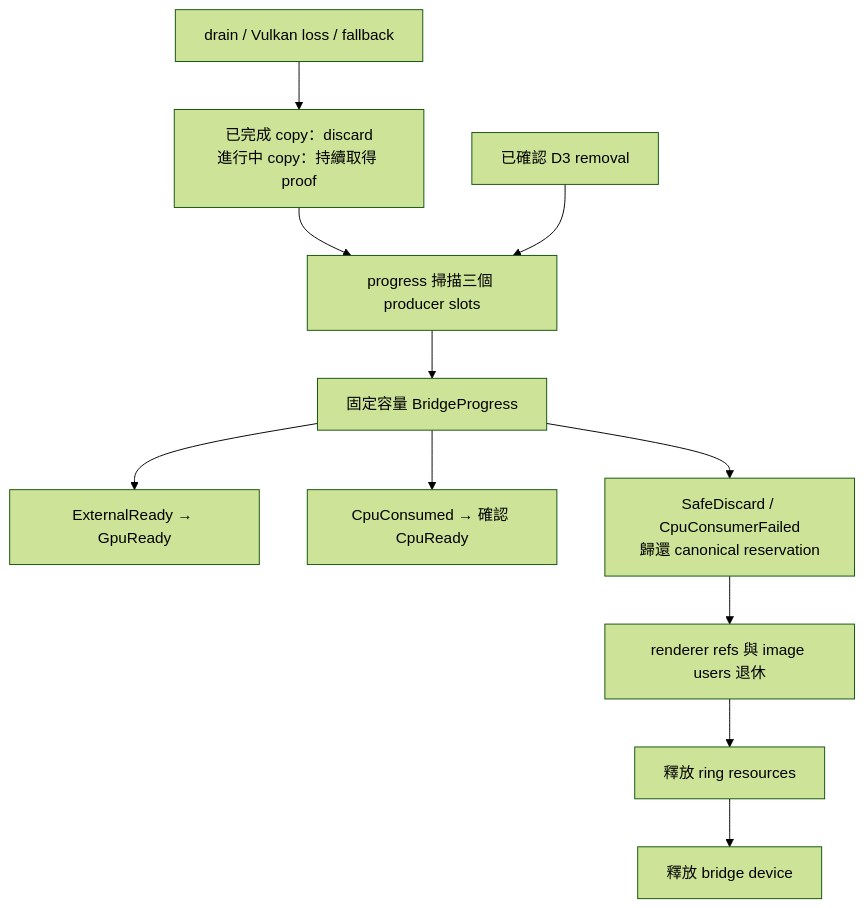
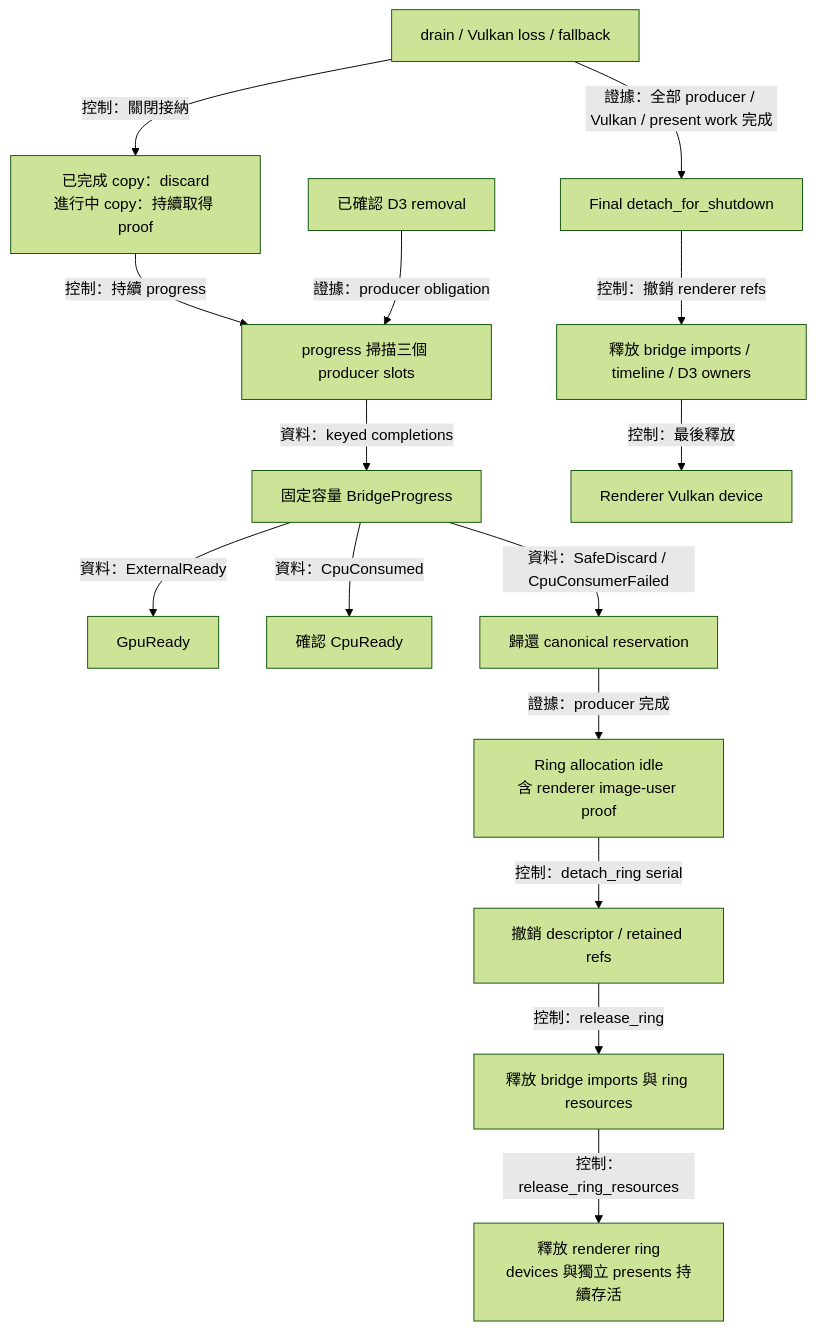
One commit to Mes0903/avb0795 changed the sixth of 7 diagrams in docs/architecture/windows-frame-bridge.md. Above: the diagram before and after it, drawn with Mermaid (forest theme). The commit also changed other lines of this file and 156 other files, not shown here.

````diff
--- a/docs/architecture/windows-frame-bridge.md
+++ b/docs/architecture/windows-frame-bridge.md
@@ -144,13 +147,17 @@
 ```mermaid
 flowchart TD
-  P[progress 掃描三個 producer slots] --> B[固定容量 BridgeProgress]
-  B --> E[ExternalReady → GpuReady]
-  B --> C[CpuConsumed → 確認 CpuReady]
-  B --> D[SafeDiscard / CpuConsumerFailed<br/>歸還 canonical reservation]
-  X[drain / Vulkan loss / fallback] --> K[已完成 copy：discard<br/>進行中 copy：持續取得 proof]
-  K --> P
-  L[已確認 D3 removal] --> P
-  D --> R[renderer refs 與 image users 退休]
-  R --> S[釋放 ring resources]
-  S --> T[釋放 bridge device]
+  P[progress 掃描三個 producer slots] -->|資料：keyed completions| B[固定容量 BridgeProgress]
+  B -->|資料：ExternalReady| E[GpuReady]
+  B -->|資料：CpuConsumed| C[確認 CpuReady]
+  B -->|資料：SafeDiscard / CpuConsumerFailed| D[歸還 canonical reservation]
+  X[drain / Vulkan loss / fallback] -->|控制：關閉接納| K[已完成 copy：discard<br/>進行中 copy：持續取得 proof]
+  K -->|控制：持續 progress| P
+  L[已確認 D3 removal] -->|證據：producer obligation| P
+  D -->|證據：producer 完成| R[Ring allocation idle<br/>含 renderer image-user proof]
+  R -->|控制：detach_ring serial| Refs[撤銷 descriptor / retained refs]
+  Refs -->|控制：release_ring| S[釋放 bridge imports 與 ring resources]
+  S -->|控制：release_ring_resources| Keep[釋放 renderer ring<br/>devices 與獨立 presents 持續存活]
+  X -->|證據：全部 producer / Vulkan / present work 完成| All[Final detach_for_shutdown]
+  All -->|控制：撤銷 renderer refs| FinalRefs[釋放 bridge imports / timeline / D3 owners]
+  FinalRefs -->|控制：最後釋放| Device[Renderer Vulkan device]
 ```
````
